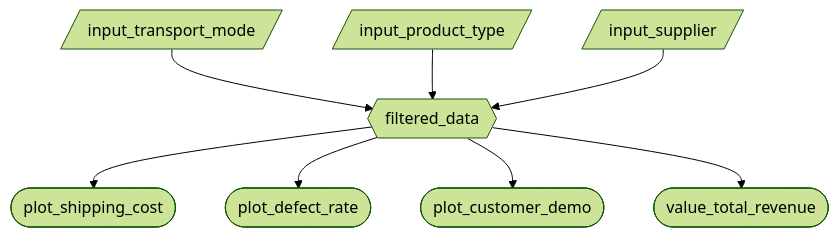
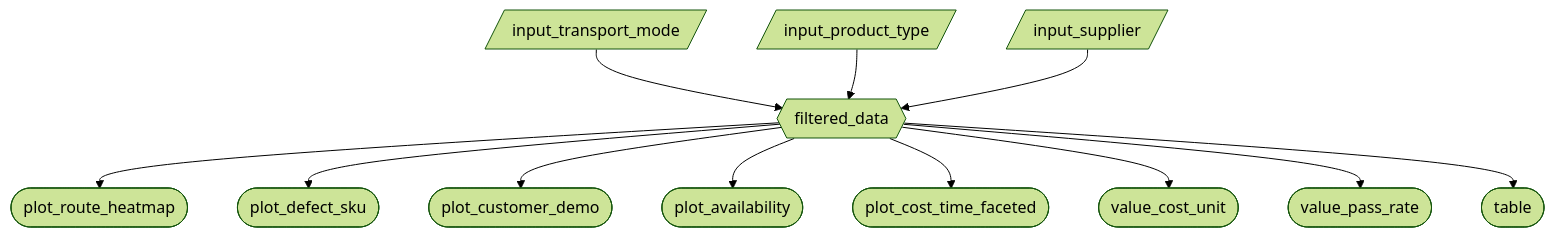
The diagram in reports/m2_spec.md (UBC-MDS/DSCI-532_2026_27_Supply_Chain_Dashboard), drawn with Mermaid (forest theme) before and after one commit. The commit also changed other lines of this file and 2 other files, not shown here.

````diff
--- a/reports/m2_spec.md
+++ b/reports/m2_spec.md
@@ -34,11 +38,15 @@
 ```mermaid
 flowchart TD
     A[/input_transport_mode/] --> F{{filtered_data}}
     B[/input_product_type/] --> F
     C[/input_supplier/] --> F
 
-    F --> P1([plot_shipping_cost])
-    F --> P2([plot_defect_rate])
+    F --> P1([plot_route_heatmap])
+    F --> P2([plot_defect_sku])
     F --> P3([plot_customer_demo])
-    F --> V1([value_total_revenue])
+    F --> P4([plot_availability])
+    F --> P5([plot_cost_time_faceted])
+    F --> V1([value_cost_unit])
+    F --> V2([value_pass_rate])
+    F --> T1([table])
 ```
````
